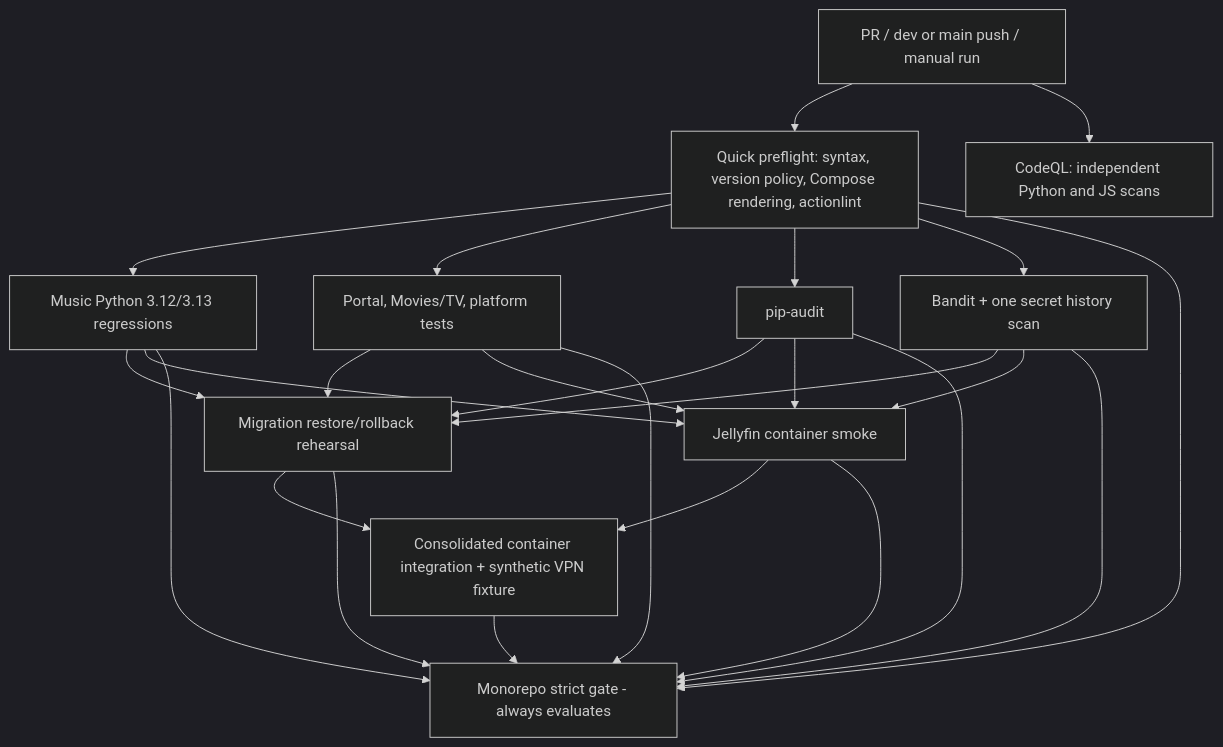
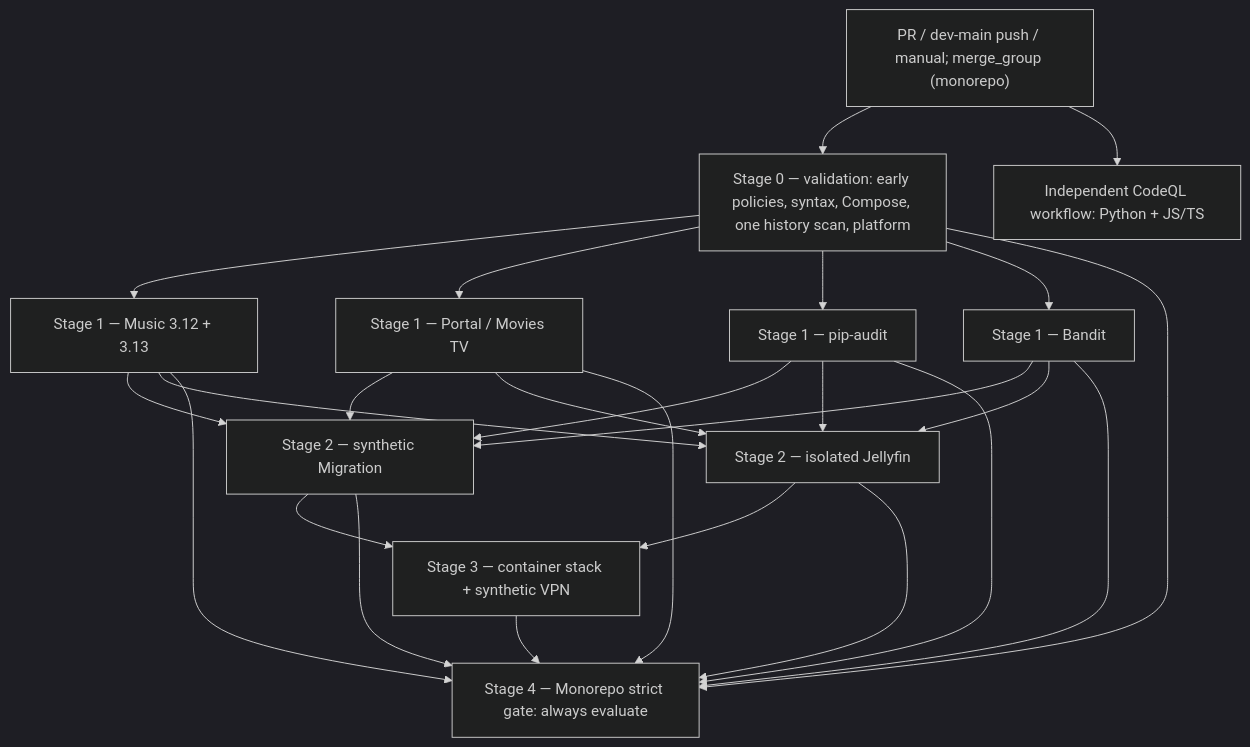
Before and after one commit to ItsFoxxin/Fox_Den_Media: the second of 2 diagrams in docs/ci-execution-redesign.md, drawn with Mermaid (dark theme). The commit also changed other lines of this file, not shown here.

Commit message:
docs(ci): add run benchmarks, verified rulesets and staged failure-gate design

````diff
--- a/docs/ci-execution-redesign.md
+++ b/docs/ci-execution-redesign.md
@@ -73,28 +294,38 @@
 ```mermaid
 flowchart TD
-    P[PR / dev or main push / manual run]
-    P --> Q[Quick preflight: syntax, version policy, Compose rendering, actionlint]
-    P --> CQ[CodeQL: independent Python and JS scans]
-    Q --> M[Music Python 3.12/3.13 regressions]
-    Q --> A[Portal, Movies/TV, platform tests]
-    Q --> D[pip-audit]
-    Q --> S[Bandit + one secret history scan]
-    M --> B[Migration restore/rollback rehearsal]
-    A --> B
-    D --> B
-    S --> B
-    M --> J[Jellyfin container smoke]
-    A --> J
-    D --> J
-    S --> J
-    B --> C[Consolidated container integration + synthetic VPN fixture]
-    J --> C
-    Q --> G[Monorepo strict gate - always evaluates]
-    M --> G
-    A --> G
-    D --> G
-    S --> G
-    B --> G
-    J --> G
-    C --> G
+  T["PR / dev-main push / manual; merge_group (monorepo)"]
+  V["Stage 0 — validation: early policies, syntax, Compose, one history scan, platform"]
+  QP["Independent CodeQL workflow: Python + JS/TS"]
+  M["Stage 1 — Music 3.12 + 3.13"]
+  A["Stage 1 — Portal / Movies TV"]
+  D["Stage 1 — pip-audit"]
+  S["Stage 1 — Bandit"]
+  B["Stage 2 — synthetic Migration"]
+  J["Stage 2 — isolated Jellyfin"]
+  C["Stage 3 — container stack + synthetic VPN"]
+  G["Stage 4 — Monorepo strict gate: always evaluate"]
+  T --> V
+  T --> QP
+  V --> M
+  V --> A
+  V --> D
+  V --> S
+  M --> B
+  A --> B
+  D --> B
+  S --> B
+  M --> J
+  A --> J
+  D --> J
+  S --> J
+  B --> C
+  J --> C
+  V --> G
+  M --> G
+  A --> G
+  D --> G
+  S --> G
+  B --> G
+  J --> G
+  C --> G
 ```
````
